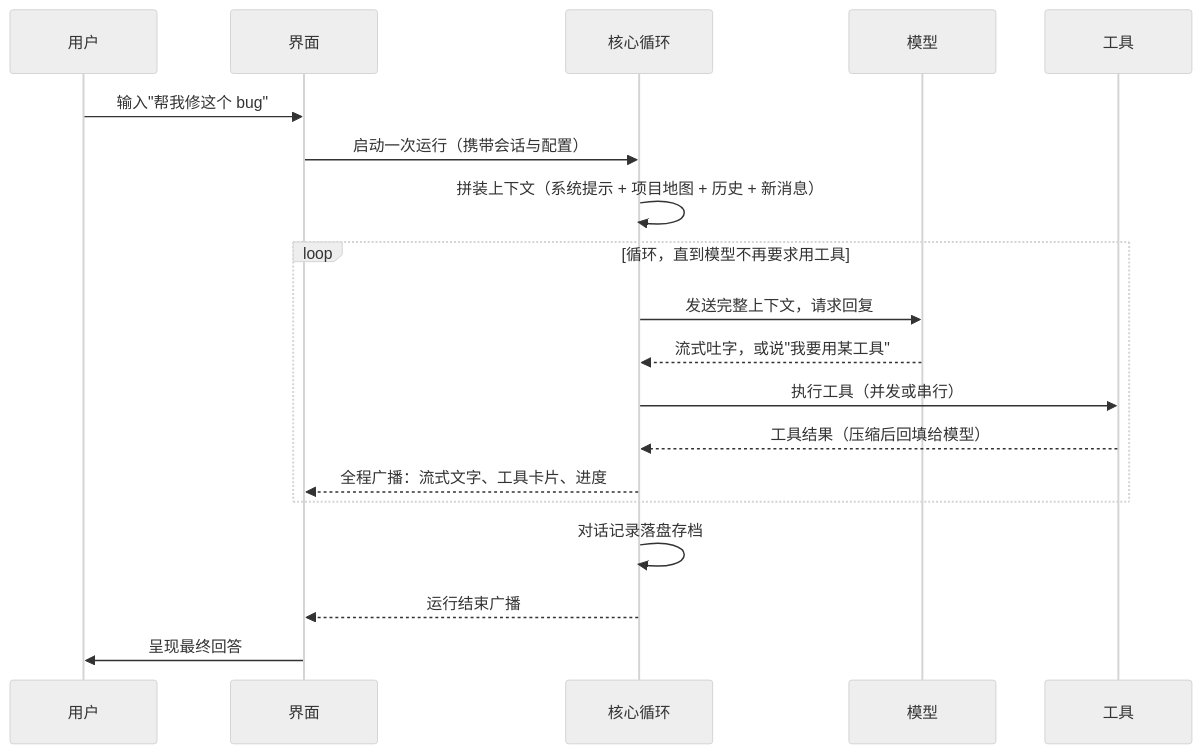
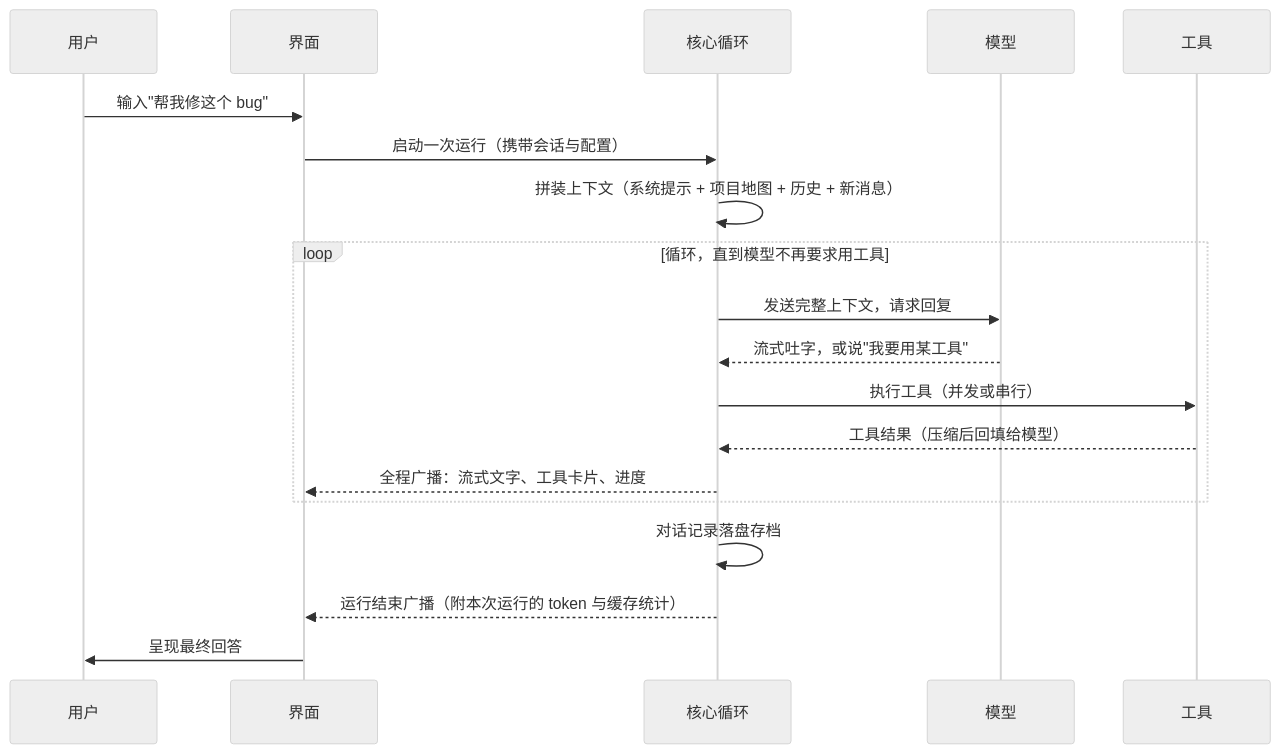
Before and after one commit to Bronya0/ally-agent: the second of 16 diagrams in docs/agent-architecture.md, drawn with Mermaid (neutral theme). The commit also changed other lines of this file, not shown here.

First line of the commit message:
docs: deepen architecture guide with missing chapters and technical detail

````diff
--- a/docs/agent-architecture.md
+++ b/docs/agent-architecture.md
@@ -81,22 +106,22 @@
 ```mermaid
 sequenceDiagram
     participant U as 用户
     participant F as 界面
     participant B as 核心循环
     participant M as 模型
     participant T as 工具
 
     U->>F: 输入"帮我修这个 bug"
     F->>B: 启动一次运行（携带会话与配置）
     B->>B: 拼装上下文（系统提示 + 项目地图 + 历史 + 新消息）
     loop 循环，直到模型不再要求用工具
         B->>M: 发送完整上下文，请求回复
         M-->>B: 流式吐字，或说"我要用某工具"
         B->>T: 执行工具（并发或串行）
         T-->>B: 工具结果（压缩后回填给模型）
         B-->>F: 全程广播：流式文字、工具卡片、进度
     end
     B->>B: 对话记录落盘存档
-    B-->>F: 运行结束广播
+    B-->>F: 运行结束广播（附本次运行的 token 与缓存统计）
     F->>U: 呈现最终回答
 ```
````
